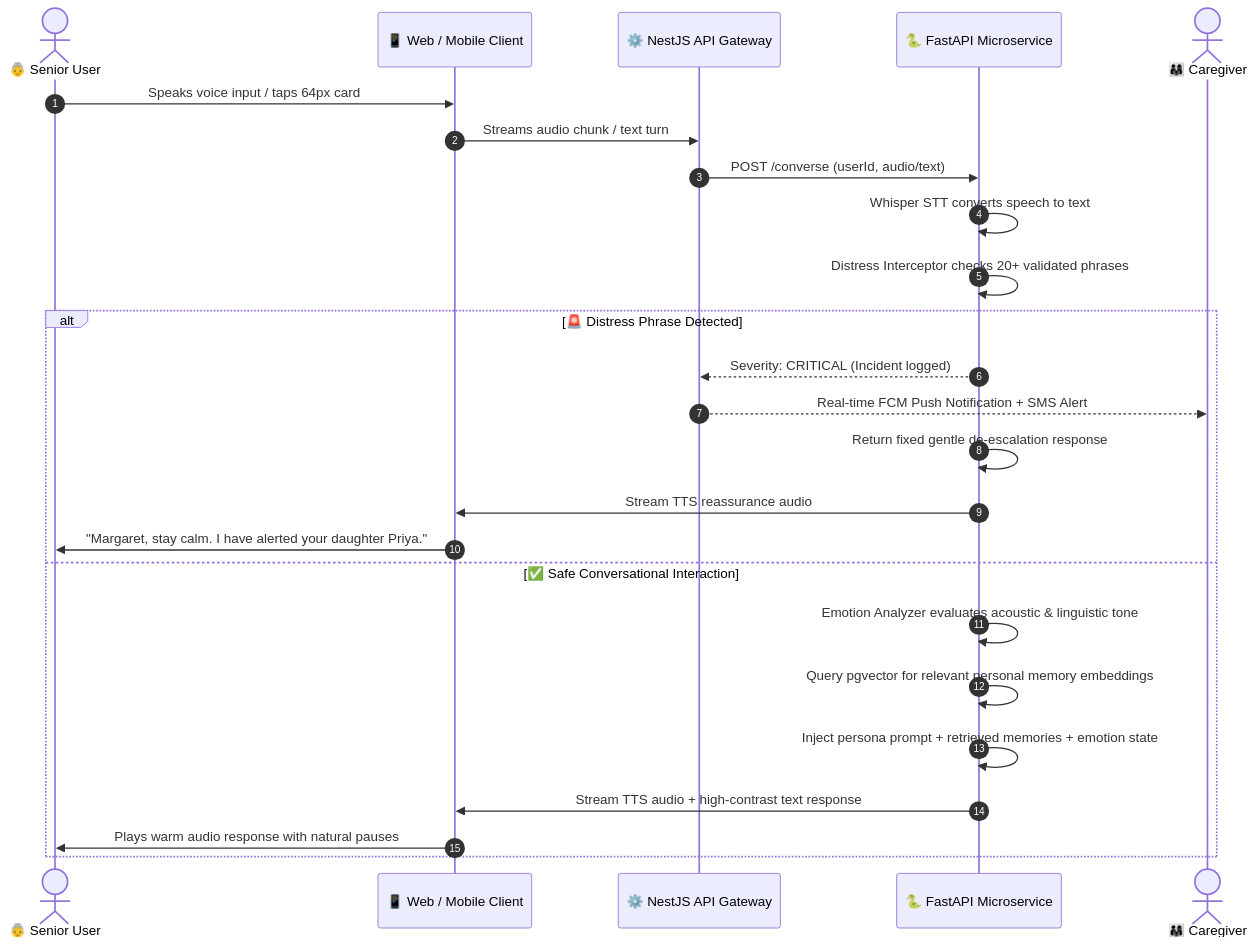
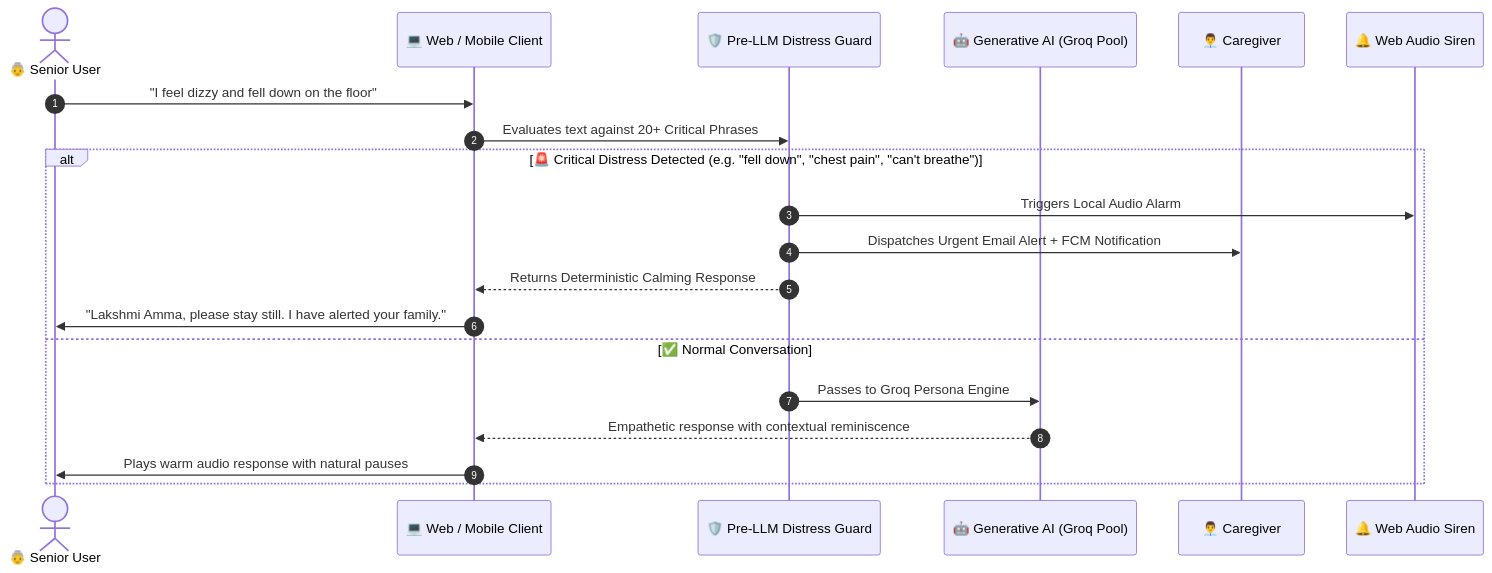
Before and after one commit to yukesh4349/Granny: the second of 4 diagrams in README.md, drawn with Mermaid. The commit also changed other lines of this file and 55 other files, not shown here.

First line of the commit message:
feat: complete full-stack modularization, declarative routing, real-time sync & enterprise architecture docs

````diff
--- a/README.md
+++ b/README.md
@@ -218,31 +128,24 @@
 ```mermaid
 sequenceDiagram
     autonumber
+    actor Elder as 👵 Senior User
+    participant Client as 💻 Web / Mobile Client
+    participant Interceptor as 🛡️ Pre-LLM Distress Guard
+    participant LLM as 🤖 Generative AI (Groq Pool)
+    participant Caregiver as 👨‍💼 Caregiver
+    participant Siren as 🔔 Web Audio Siren
 
-    actor Elder as 👵 Senior User
-    participant Client as 📱 Web / Mobile Client
-    participant Nest as ⚙️ NestJS API Gateway
-    participant AI as 🐍 FastAPI Microservice
-    actor Caregiver as 👨‍👩‍👧 Caregiver
+    Elder->>Client: "I feel dizzy and fell down on the floor"
+    Client->>Interceptor: Evaluates text against 20+ Critical Phrases
 
-    Elder->>Client: Speaks voice input / taps 64px card
-    Client->>Nest: Streams audio chunk / text turn
-    Nest->>AI: POST /converse (userId, audio/text)
-    AI->>AI: Whisper STT converts speech to text
-    AI->>AI: Distress Interceptor checks 20+ validated phrases
-
-    alt 🚨 Distress Phrase Detected
-        AI-->>Nest: Severity: CRITICAL (Incident logged)
-        Nest-->>Caregiver: Real-time FCM Push Notification + SMS Alert
-        AI->>AI: Return fixed gentle de-escalation response
-        AI->>Client: Stream TTS reassurance audio
-        Client->>Elder: "Margaret, stay calm. I have alerted your daughter Priya."
-
-    else ✅ Safe Conversational Interaction
-        AI->>AI: Emotion Analyzer evaluates acoustic & linguistic tone
-        AI->>AI: Query pgvector for relevant personal memory embeddings
-        AI->>AI: Inject persona prompt + retrieved memories + emotion state
-        AI->>Client: Stream TTS audio + high-contrast text response
+    alt 🚨 Critical Distress Detected (e.g. "fell down", "chest pain", "can't breathe")
+        Interceptor->>Siren: Triggers Local Audio Alarm
+        Interceptor->>Caregiver: Dispatches Urgent Email Alert + FCM Notification
+        Interceptor-->>Client: Returns Deterministic Calming Response
+        Client->>Elder: "Lakshmi Amma, please stay still. I have alerted your family."
+    else ✅ Normal Conversation
+        Interceptor->>LLM: Passes to Groq Persona Engine
+        LLM-->>Client: Empathetic response with contextual reminiscence
         Client->>Elder: Plays warm audio response with natural pauses
     end
 ```
````
